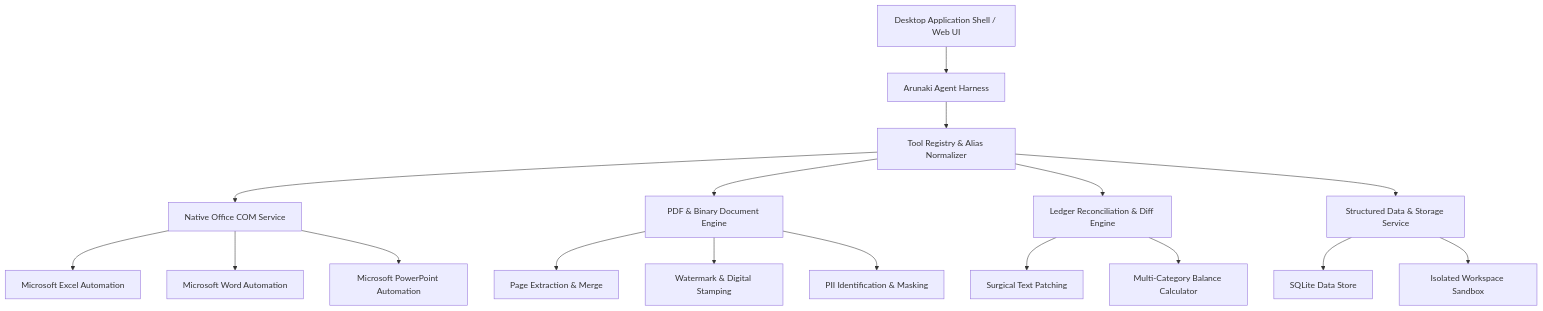
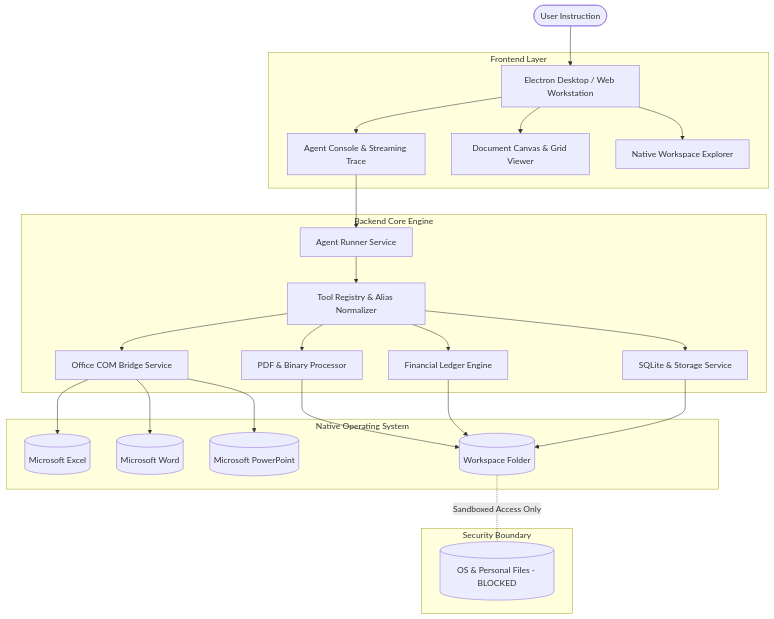
One commit to JULIOSIRINGORINGO/Arunaki changed the diagram in README.md. Above: the diagram before and after it, drawn with Mermaid. The commit also changed other lines of this file, not shown here.

Commit message:
docs(readme): establish comprehensive enterprise application documentation standard with UI layout, architecture, and tool catalog

````diff
--- a/README.md
+++ b/README.md
@@ -36,23 +108,34 @@
 ```mermaid
 graph TD
-    A[Desktop Application Shell / Web UI] --> B[Arunaki Agent Harness]
-    B --> C[Tool Registry & Alias Normalizer]
-    C --> D[Native Office COM Service]
-    C --> E[PDF & Binary Document Engine]
-    C --> F[Ledger Reconciliation & Diff Engine]
-    C --> G[Structured Data & Storage Service]
+    User([User Instruction]) --> Workstation[Electron Desktop / Web Workstation]
     
-    D --> D1[Microsoft Excel Automation]
-    D --> D2[Microsoft Word Automation]
-    D --> D3[Microsoft PowerPoint Automation]
+    subgraph Frontend Layer
+        Workstation --> ChatPanel[Agent Console & Streaming Trace]
+        Workstation --> DocViewer[Document Canvas & Grid Viewer]
+        Workstation --> Explorer[Native Workspace Explorer]
+    end
 
-    E --> E1[Page Extraction & Merge]
-    E --> E2[Watermark & Digital Stamping]
-    E --> E3[PII Identification & Masking]
+    subgraph Backend Core Engine
+        ChatPanel --> AgentRunner[Agent Runner Service]
+        AgentRunner --> ToolRegistry[Tool Registry & Alias Normalizer]
+        
+        ToolRegistry --> COMBridge[Office COM Bridge Service]
+        ToolRegistry --> PDFEngine[PDF & Binary Processor]
+        ToolRegistry --> LedgerEngine[Financial Ledger Engine]
+        ToolRegistry --> DBEngine[SQLite & Storage Service]
+    end
 
-    F --> F1[Surgical Text Patching]
-    F --> F2[Multi-Category Balance Calculator]
+    subgraph Native Operating System
+        COMBridge --> MSExcel[(Microsoft Excel)]
+        COMBridge --> MSWord[(Microsoft Word)]
+        COMBridge --> MSPPT[(Microsoft PowerPoint)]
+        
+        PDFEngine --> WorkspaceFS[(Workspace Folder)]
+        LedgerEngine --> WorkspaceFS
+        DBEngine --> WorkspaceFS
+    end
 
-    G --> G1[SQLite Data Store]
-    G --> G2[Isolated Workspace Sandbox]
+    subgraph Security Boundary
+        WorkspaceFS -. Sandboxed Access Only .- OSFiles[(OS & Personal Files - BLOCKED)]
+    end
 ```
````
